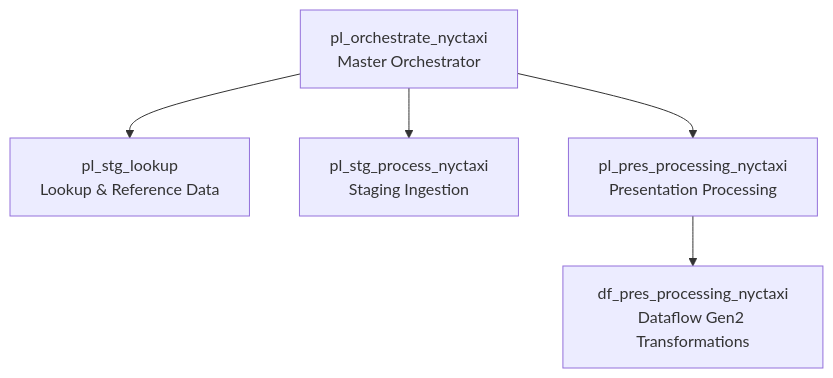
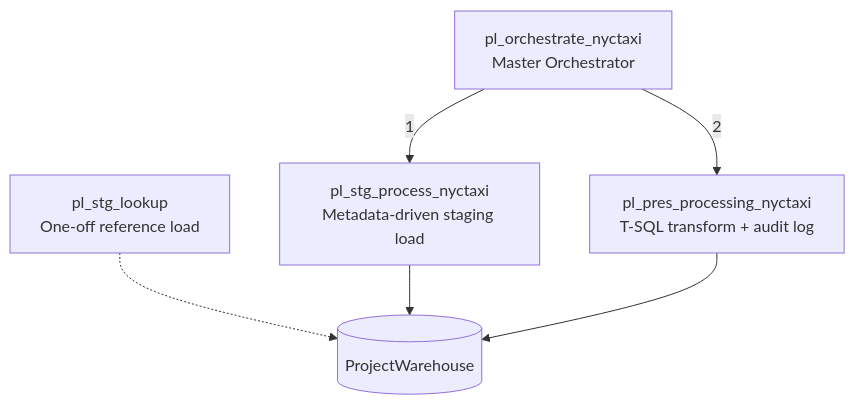
Before and after one commit to glcapitan/microsoft-fabric-nyc-taxi-analytics: the first of 2 diagrams in README.md, drawn with Mermaid. The commit also changed other lines of this file, not shown here.

First line of the commit message:
Revise README for architecture and pipeline updates

````diff
--- a/README.md
+++ b/README.md
@@ -43,7 +43,8 @@
 ```mermaid
 flowchart TD
-    M[pl_orchestrate_nyctaxi<br/>Master Orchestrator] --> P1[pl_stg_lookup<br/>Lookup & Reference Data]
-    M --> P2[pl_stg_process_nyctaxi<br/>Staging Ingestion]
-    M --> P3[pl_pres_processing_nyctaxi<br/>Presentation Processing]
-    P3 --> DF[df_pres_processing_nyctaxi<br/>Dataflow Gen2 Transformations]
+    M[pl_orchestrate_nyctaxi<br/>Master Orchestrator] -->|1| P2[pl_stg_process_nyctaxi<br/>Metadata-driven staging load]
+    M -->|2| P3[pl_pres_processing_nyctaxi<br/>T-SQL transform + audit log]
+    L[pl_stg_lookup<br/>One-off reference load] -.-> W[(ProjectWarehouse)]
+    P2 --> W
+    P3 --> W
 ```
````
